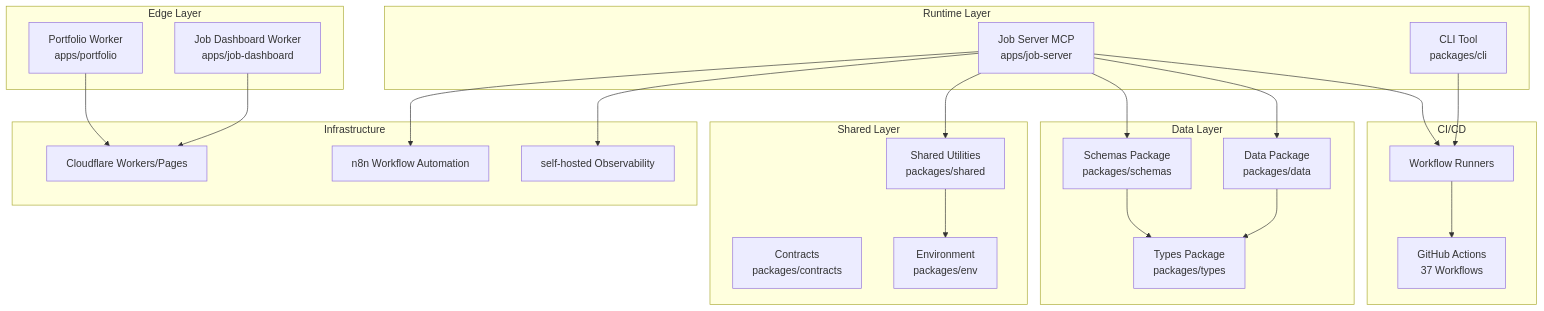
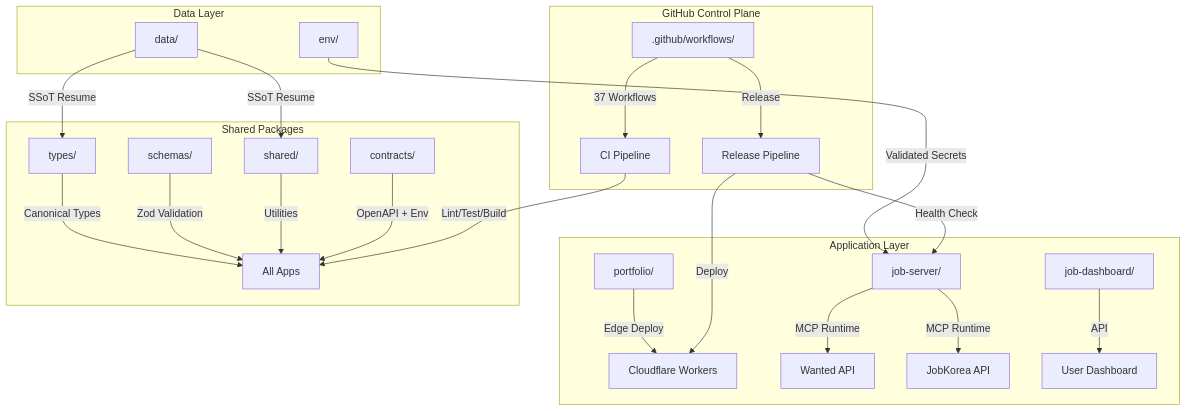
Before and after one commit to jclee941/resume: the first of 2 diagrams in README.md, drawn with Mermaid. The commit also changed other lines of this file and 385 other files, not shown here.

````diff
--- a/README.md
+++ b/README.md
@@ -97,49 +79,32 @@
 ```mermaid
 flowchart TB
-    subgraph "Edge Layer"
-        PF[Portfolio Worker<br/>apps/portfolio]
-        JD[Job Dashboard Worker<br/>apps/job-dashboard]
+    subgraph GitHub["GitHub Control Plane"]
+        WF[".github/workflows/"]
+        WF --> |37 Workflows| CI[CI Pipeline]
+        WF --> |Release| REL[Release Pipeline]
     end
 
-    subgraph "Runtime Layer"
-        JS[Job Server MCP<br/>apps/job-server]
-        CLI[CLI Tool<br/>packages/cli]
+    subgraph Apps["Application Layer"]
+        PFT[portfolio/] --> |Edge Deploy| CF[Cloudflare Workers]
+        JS[job-server/] --> |MCP Runtime| WANT[Wanted API]
+        JS --> |MCP Runtime| JK[JobKorea API]
+        JD[job-dashboard/] --> |API| USR[User Dashboard]
     end
 
-    subgraph "Data Layer"
-        DATA[Data Package<br/>packages/data]
-        TYPES[Types Package<br/>packages/types]
-        SCHEMAS[Schemas Package<br/>packages/schemas]
+    subgraph Packages["Shared Packages"]
+        TYPES[types/] --> |Canonical Types| APPS[All Apps]
+        SCHEMAS[schemas/] --> |Zod Validation| APPS
+        SHARED[shared/] --> |Utilities| APPS
+        CONTRACTS[contracts/] --> |OpenAPI + Env| APPS
     end
 
-    subgraph "Shared Layer"
-        SHARED[Shared Utilities<br/>packages/shared]
-        CONTRACTS[Contracts<br/>packages/contracts]
-        ENV[Environment<br/>packages/env]
+    subgraph Data["Data Layer"]
+        DATA[data/] --> |SSoT Resume| SHARED
+        DATA --> |SSoT Resume| TYPES
+        ENV[env/] --> |Validated Secrets| JS
     end
 
-    subgraph "Infrastructure"
-        CF[Cloudflare Workers/Pages]
-        OBS[self-hosted Observability]
-        N8N[n8n Workflow Automation]
-    end
-
-    subgraph "CI/CD"
-        GH[GitHub Actions<br/>37 Workflows]
-        WR[Workflow Runners]
-    end
-
-    PF --> CF
-    JD --> CF
-    JS --> WR
-    CLI --> WR
-    JS --> DATA
-    JS --> SCHEMAS
-    JS --> SHARED
-    DATA --> TYPES
-    SCHEMAS --> TYPES
-    SHARED --> ENV
-    WR --> GH
-    JS --> OBS
-    JS --> N8N
+    CI --> |Lint/Test/Build| APPS
+    REL --> |Deploy| CF
+    REL --> |Health Check| JS
 ```
````
